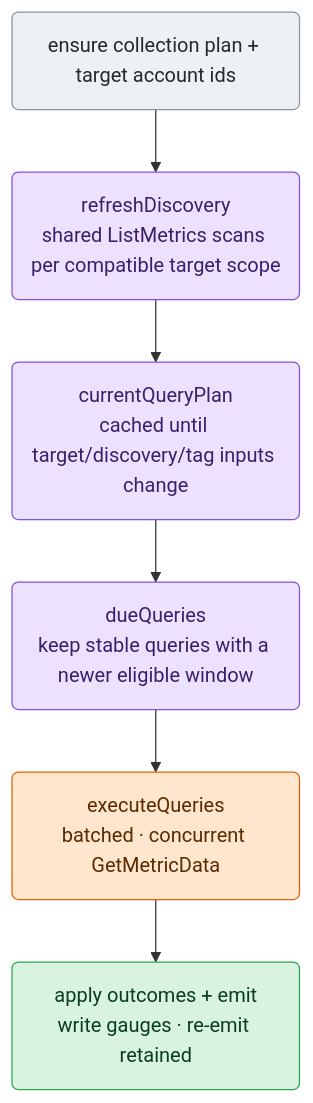
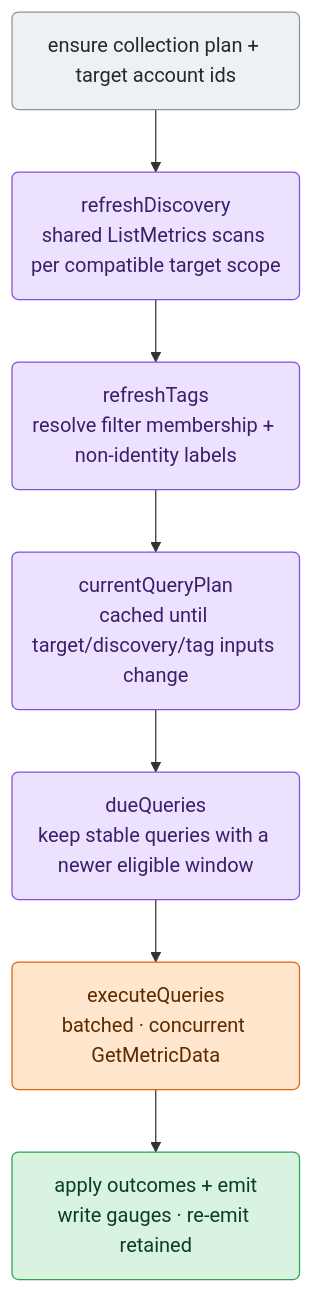
The third of 3 diagrams in src/go/plugin/go.d/collector/cloudwatch/ARCHITECTURE.md (netdata/netdata), drawn with Mermaid before and after one commit. The commit also changed other lines of this file and 16 other files, not shown here.

Commit message:
refactor(cloudwatch): clarify architecture and consolidate tests

````diff
--- a/src/go/plugin/go.d/collector/cloudwatch/ARCHITECTURE.md
+++ b/src/go/plugin/go.d/collector/cloudwatch/ARCHITECTURE.md
@@ -122,21 +124,22 @@
 ```mermaid
 flowchart TD
     A("ensure collection plan + target account ids")
     B("refreshDiscovery<br/>shared ListMetrics scans per compatible target scope")
-    C("currentQueryPlan<br/>cached until target/discovery/tag inputs change")
-    D("dueQueries<br/>keep stable queries with a newer eligible window")
-    E("executeQueries<br/>batched · concurrent GetMetricData")
-    F("apply outcomes + emit<br/>write gauges · re-emit retained")
+    C("refreshTags<br/>resolve filter membership + non-identity labels")
+    D("currentQueryPlan<br/>cached until target/discovery/tag inputs change")
+    E("dueQueries<br/>keep stable queries with a newer eligible window")
+    F("executeQueries<br/>batched · concurrent GetMetricData")
+    G("apply outcomes + emit<br/>write gauges · re-emit retained")
 
-    A --> B --> C --> D --> E --> F
+    A --> B --> C --> D --> E --> F --> G
 
     classDef input fill:#eef1f4,stroke:#8b949e,color:#24292f;
     classDef sched fill:#ece2ff,stroke:#8250df,color:#3b1f6b;
     classDef effect fill:#ffe6cc,stroke:#e36209,color:#5a2a00;
     classDef commit fill:#d8f3e0,stroke:#2da44e,color:#0b3d1f;
 
     class A input
-    class B,C,D sched
-    class E effect
-    class F commit
+    class B,C,D,E sched
+    class F effect
+    class G commit
 ```
````
